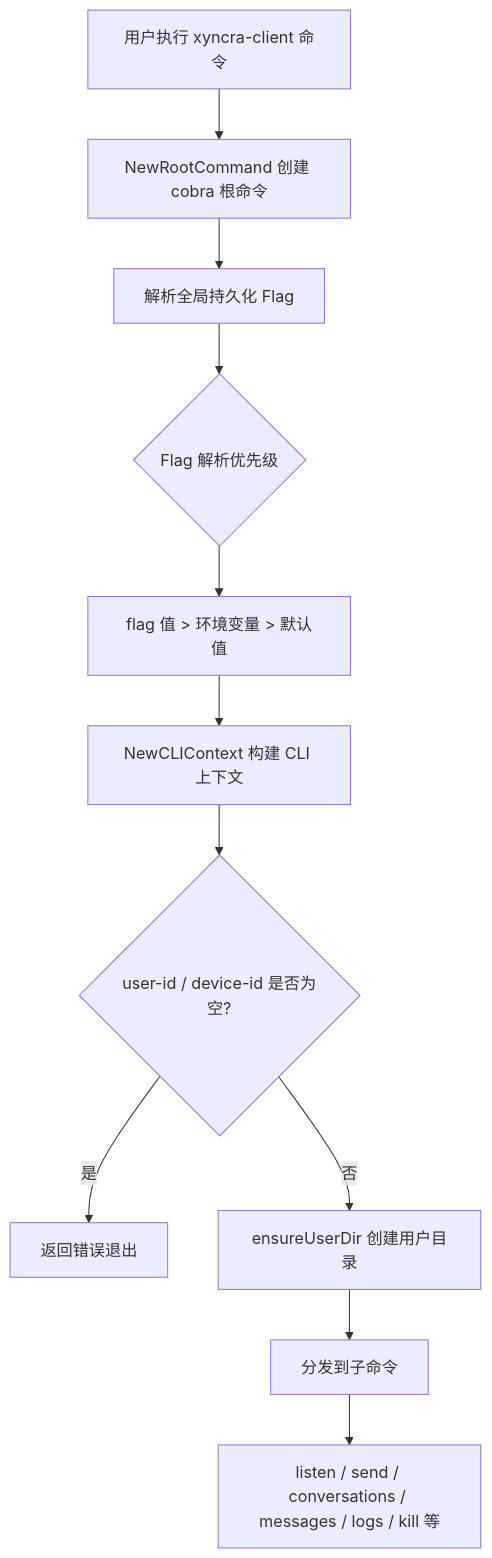
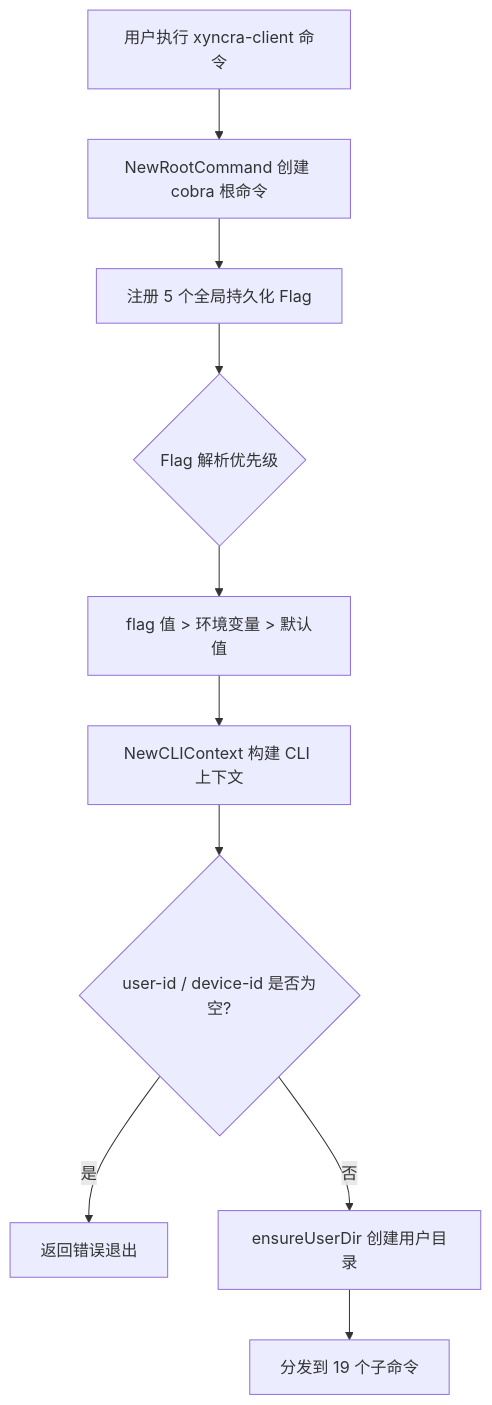
Before and after one commit to PineappleBond/xyncra-server: the first of 14 diagrams in wiki/flows/cli-observability.md, drawn with Mermaid. The commit also changed other lines of this file and 21 other files, not shown here.

````diff
--- a/wiki/flows/cli-observability.md
+++ b/wiki/flows/cli-observability.md
@@ -9,13 +12,12 @@
 ```mermaid
 flowchart TD
     A[用户执行 xyncra-client 命令] --> B[NewRootCommand 创建 cobra 根命令]
-    B --> C[解析全局持久化 Flag]
+    B --> C[注册 5 个全局持久化 Flag]
     C --> D{Flag 解析优先级}
-    D --> E[flag 值 > 环境变量 > 默认值]
+    D --> E["flag 值 > 环境变量 > 默认值"]
     E --> F[NewCLIContext 构建 CLI 上下文]
     F --> G{user-id / device-id 是否为空?}
     G -->|是| H[返回错误退出]
     G -->|否| I[ensureUserDir 创建用户目录]
-    I --> J[分发到子命令]
-    J --> K[listen / send / conversations / messages / logs / kill 等]
+    I --> J[分发到 19 个子命令]
 ```
````
